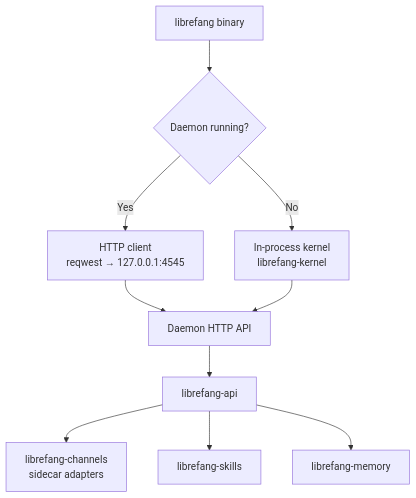
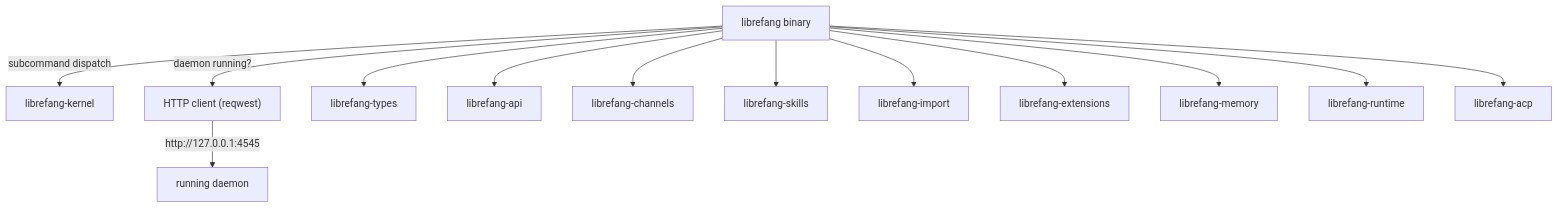
The diagram in other-librefang-cli.md (leszek3737/librefang-WIki), drawn with Mermaid before and after one commit. The commit also changed other lines of this file and 119 other files, not shown here.

````diff
--- a/other-librefang-cli.md
+++ b/other-librefang-cli.md
@@ -14,12 +12,15 @@
 ```mermaid
 graph TD
-    A[librefang binary] --> B{Daemon running?}
-    B -->|Yes| C[HTTP client<br>reqwest → 127.0.0.1:4545]
-    B -->|No| D[In-process kernel<br>librefang-kernel]
-    C --> E[Daemon HTTP API]
-    D --> E
-    E --> F[librefang-api]
-    F --> G[librefang-channels<br>sidecar adapters]
-    F --> H[librefang-skills]
-    F --> I[librefang-memory]
+    CLI["librefang binary"] -->|"subcommand dispatch"| Kernel["librefang-kernel"]
+    CLI -->|"daemon running?"| HTTP["HTTP client (reqwest)"]
+    HTTP -->|"http://127.0.0.1:4545"| Daemon["running daemon"]
+    CLI --> Types["librefang-types"]
+    CLI --> API["librefang-api"]
+    CLI --> Channels["librefang-channels"]
+    CLI --> Skills["librefang-skills"]
+    CLI --> Import["librefang-import"]
+    CLI --> Extensions["librefang-extensions"]
+    CLI --> Memory["librefang-memory"]
+    CLI --> Runtime["librefang-runtime"]
+    CLI --> ACP["librefang-acp"]
 ```
````
